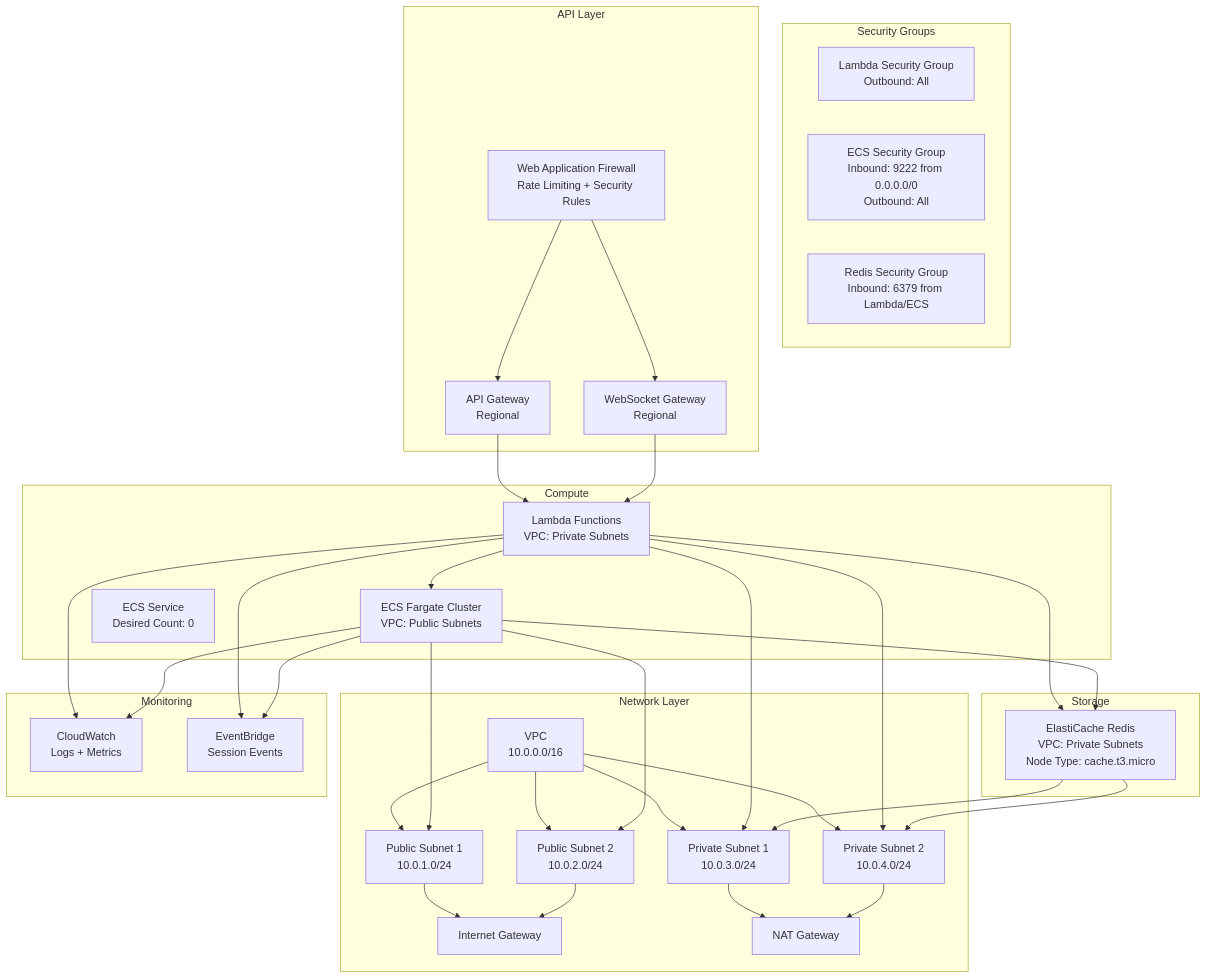
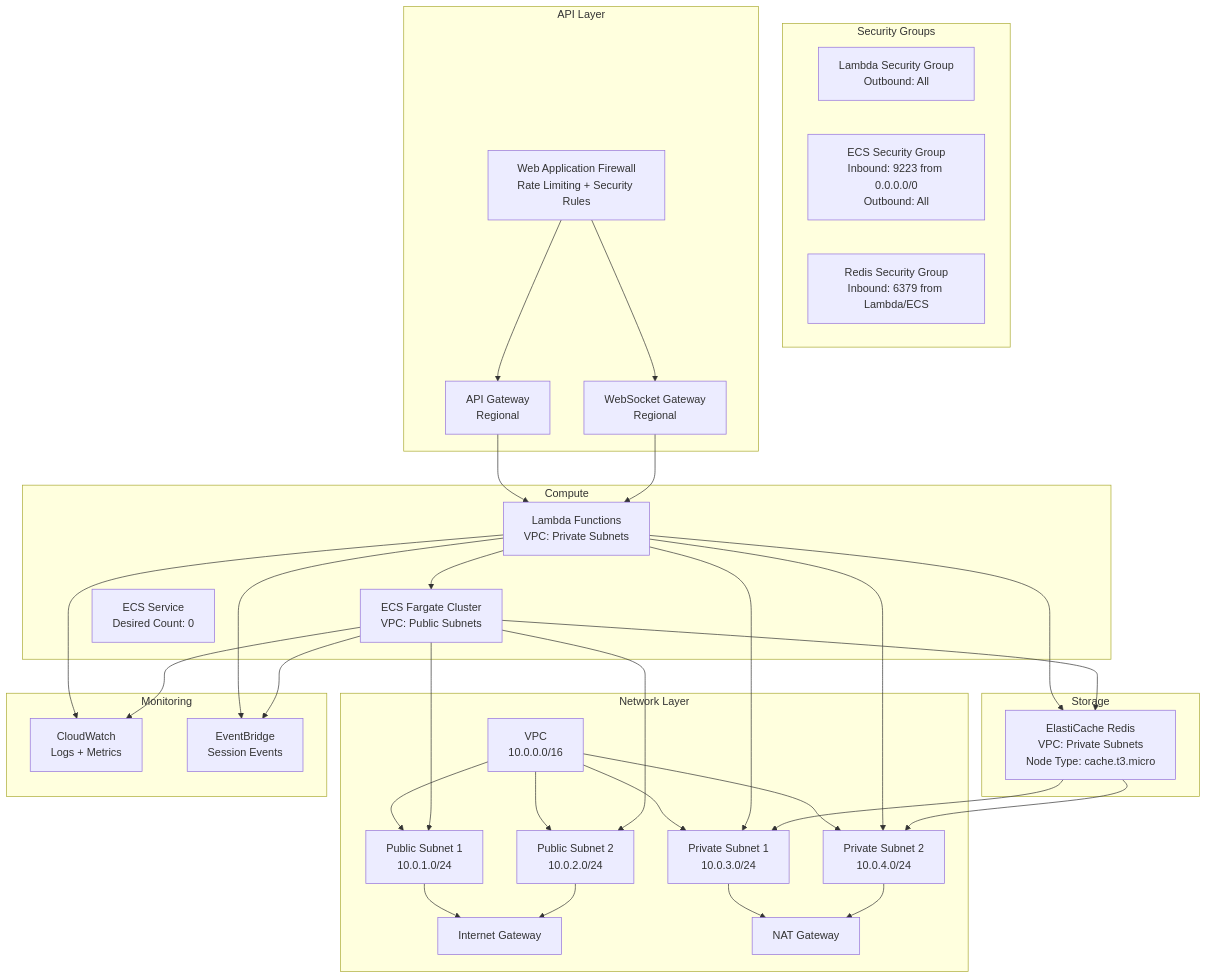
Diagram 14 of 18 in docs/wallcrawler-design-doc.md (Volpestyle/wallcrawler), drawn with Mermaid before and after one commit. The commit also changed other lines of this file and 22 other files, not shown here.

````diff
--- a/docs/wallcrawler-design-doc.md
+++ b/docs/wallcrawler-design-doc.md
@@ -813,72 +815,72 @@
 ```mermaid
 graph TB
     subgraph "Network Layer"
         VPC[VPC<br/>10.0.0.0/16]
         PublicSubnet1[Public Subnet 1<br/>10.0.1.0/24]
         PublicSubnet2[Public Subnet 2<br/>10.0.2.0/24]
         PrivateSubnet1[Private Subnet 1<br/>10.0.3.0/24]
         PrivateSubnet2[Private Subnet 2<br/>10.0.4.0/24]
         IGW[Internet Gateway]
         NAT[NAT Gateway]
     end
 
     subgraph "Security Groups"
         LambdaSG[Lambda Security Group<br/>Outbound: All]
-        ECSSG[ECS Security Group<br/>Inbound: 9222 from 0.0.0.0/0<br/>Outbound: All]
+                    ECSSG[ECS Security Group<br/>Inbound: 9223 from 0.0.0.0/0<br/>Outbound: All]
         RedisSG[Redis Security Group<br/>Inbound: 6379 from Lambda/ECS]
     end
 
     subgraph "Compute"
         Lambda[Lambda Functions<br/>VPC: Private Subnets]
         ECSCluster[ECS Fargate Cluster<br/>VPC: Public Subnets]
         ECSService[ECS Service<br/>Desired Count: 0]
     end
 
     subgraph "Storage"
         Redis[ElastiCache Redis<br/>VPC: Private Subnets<br/>Node Type: cache.t3.micro]
     end
 
     subgraph "API Layer"
         APIGW[API Gateway<br/>Regional]
         WSGW[WebSocket Gateway<br/>Regional]
         WAF[Web Application Firewall<br/>Rate Limiting + Security Rules]
     end
 
     subgraph "Monitoring"
         CloudWatch[CloudWatch<br/>Logs + Metrics]
         EventBridge[EventBridge<br/>Session Events]
     end
 
     VPC --> PublicSubnet1
     VPC --> PublicSubnet2
     VPC --> PrivateSubnet1
     VPC --> PrivateSubnet2
 
     PublicSubnet1 --> IGW
     PublicSubnet2 --> IGW
     PrivateSubnet1 --> NAT
     PrivateSubnet2 --> NAT
 
     Lambda --> PrivateSubnet1
     Lambda --> PrivateSubnet2
     ECSCluster --> PublicSubnet1
     ECSCluster --> PublicSubnet2
     Redis --> PrivateSubnet1
     Redis --> PrivateSubnet2
 
     APIGW --> Lambda
     WSGW --> Lambda
     WAF --> APIGW
     WAF --> WSGW
 
     Lambda --> Redis
     ECSCluster --> Redis
     Lambda --> ECSCluster
     Lambda --> EventBridge
     ECSCluster --> EventBridge
 
     Lambda --> CloudWatch
     ECSCluster --> CloudWatch
 
 
 ```
````
